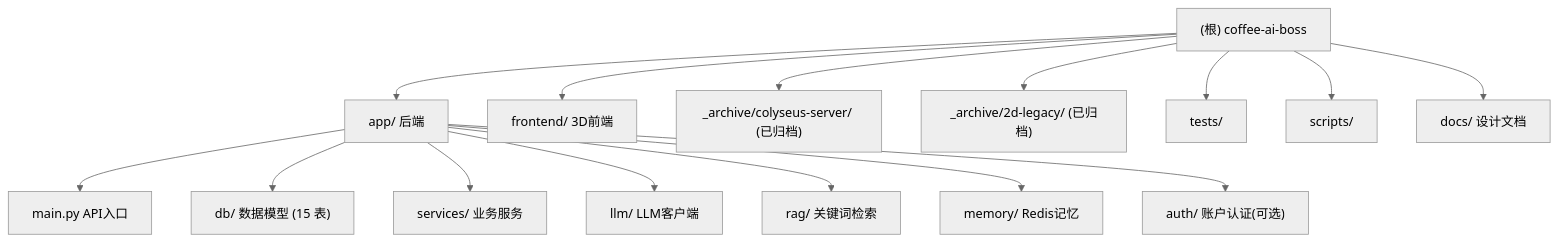
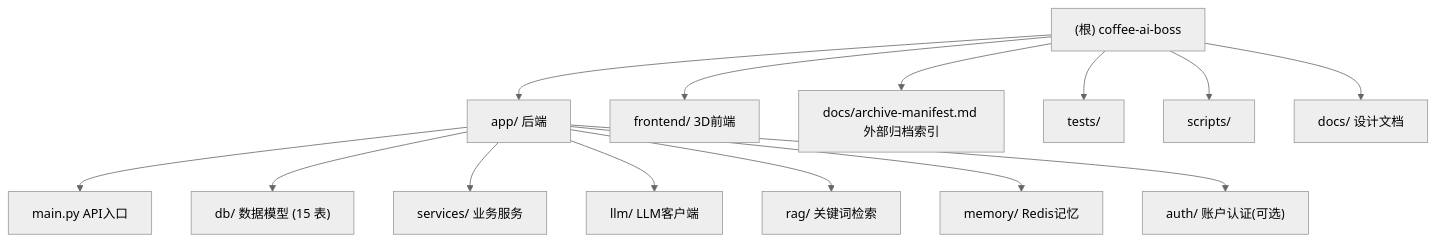
Before and after one commit to flying-dragon-ai/super-agentic-diner: the diagram in CLAUDE.md, drawn with Mermaid (neutral theme). The commit also changed other lines of this file and 3242 other files, not shown here.

````diff
--- a/CLAUDE.md
+++ b/CLAUDE.md
@@ -106,21 +106,20 @@
 ```mermaid
 graph TD
     Root["(根) coffee-ai-boss"] --> App["app/ 后端"]
     Root --> Frontend["frontend/ 3D前端"]
-    Root --> ArchiveColyseus["_archive/colyseus-server/ (已归档)"]
-    Root --> Archive2D["_archive/2d-legacy/ (已归档)"]
+    Root --> ArchiveManifest["docs/archive-manifest.md 外部归档索引"]
     Root --> Tests["tests/"]
     Root --> Scripts["scripts/"]
     Root --> Docs["docs/ 设计文档"]
     App --> AppMain["main.py API入口"]
     App --> AppDb["db/ 数据模型 (15 表)"]
     App --> AppServices["services/ 业务服务"]
     App --> AppLlm["llm/ LLM客户端"]
     App --> AppRag["rag/ 关键词检索"]
     App --> AppMemory["memory/ Redis记忆"]
     App --> AppAuth["auth/ 账户认证(可选)"]
 
     click App "./app/CLAUDE.md" "查看后端模块文档"
     click Frontend "./frontend/CLAUDE.md" "查看 3D 前端模块文档"
-    click ArchiveColyseus "./_archive/colyseus-server/CLAUDE.md" "查看已归档 Colyseus 服务器文档"
+    click ArchiveManifest "./docs/archive-manifest.md" "查看外部归档位置与恢复方式"
 ```
````
